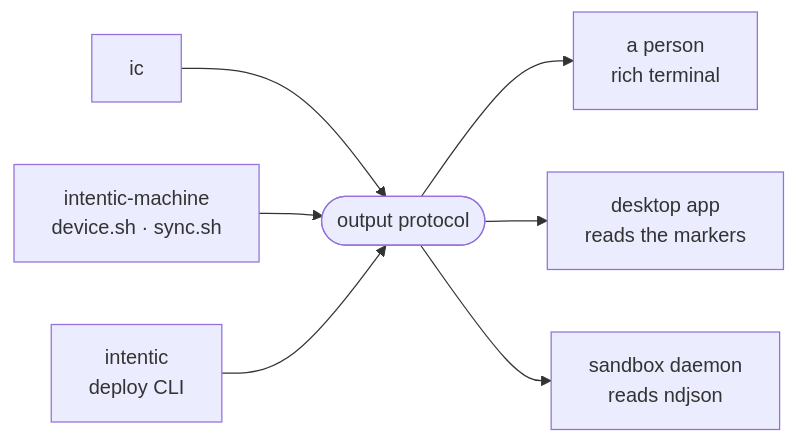
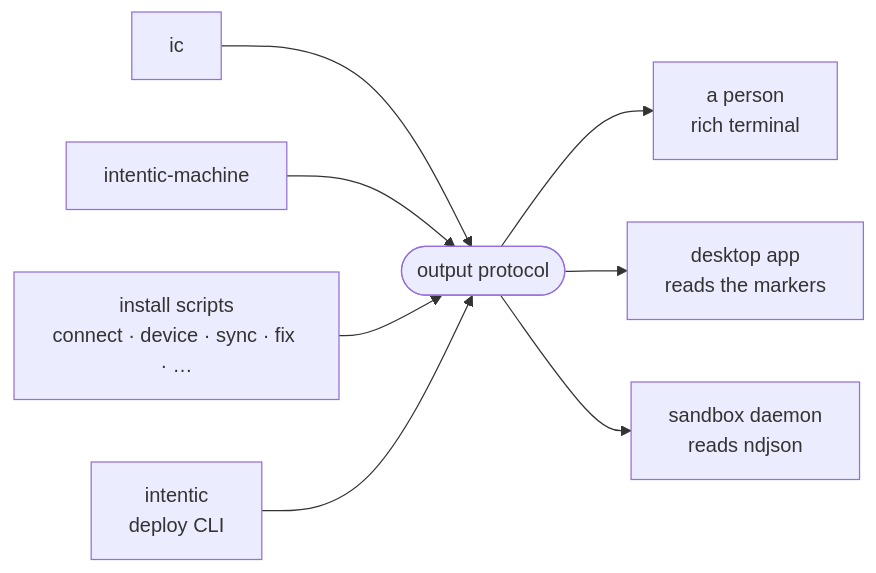
The diagram in docs/ops/cli-output-protocol.md (intentic/intentic), drawn with Mermaid before and after one commit. The commit also changed other lines of this file and 200 other files, not shown here.

First line of the commit message:
feat(machine): add cli-ui layout and scripts-kit one-liner install URLs

````diff
--- a/docs/ops/cli-output-protocol.md
+++ b/docs/ops/cli-output-protocol.md
@@ -5,9 +5,10 @@
 ```mermaid
 flowchart LR
     ic["ic"] --> proto(["output protocol"])
-    agents["intentic-machine<br/>device.sh · sync.sh"] --> proto
+    agents["intentic-machine"] --> proto
+    shims["install scripts<br/>connect · device · sync · fix · …"] --> proto
     cli["intentic<br/>deploy CLI"] --> proto
     proto --> person["a person<br/>rich terminal"]
     proto --> desktop["desktop app<br/>reads the markers"]
     proto --> daemon["sandbox daemon<br/>reads ndjson"]
 ```
````
